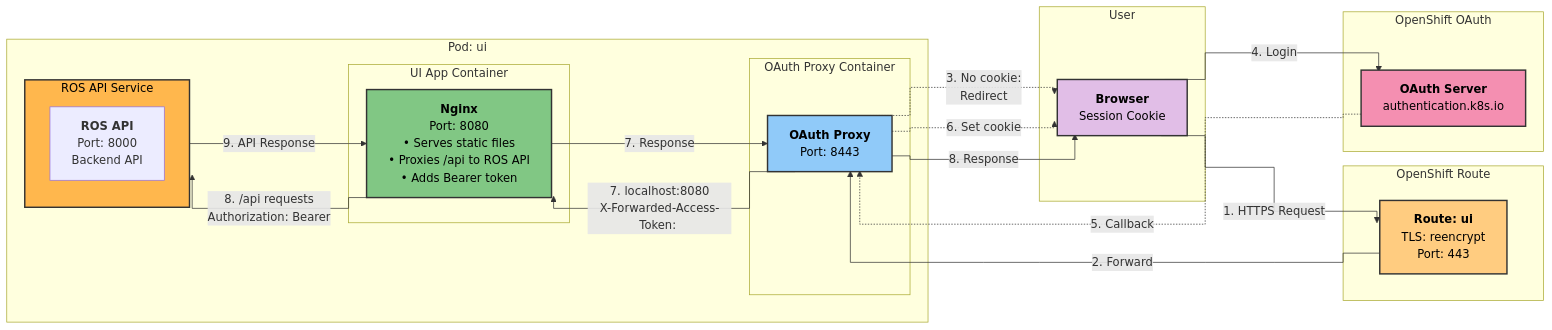
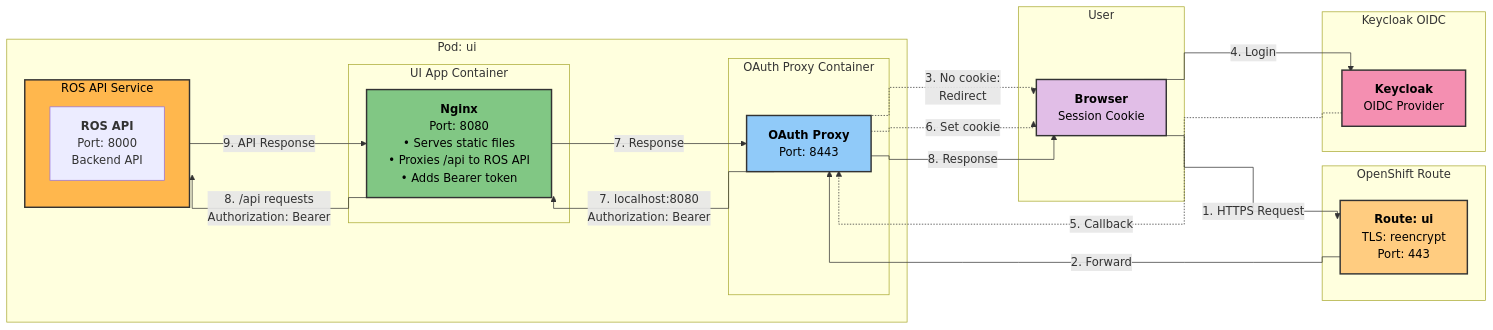
One commit to jordigilh/ros-helm-chart changed the first of 2 diagrams in docs/ui-oauth-authentication.md. Above: the diagram before and after it, drawn with Mermaid. The commit also changed other lines of this file and 5 other files, not shown here.

````diff
--- a/docs/ui-oauth-authentication.md
+++ b/docs/ui-oauth-authentication.md
@@ -38,49 +38,49 @@
 ```mermaid
 %%{init: {'flowchart': {'curve': 'stepAfter'}}}%%
 flowchart LR
     subgraph User["User"]
         U["<b>Browser</b><br/>Session Cookie"]
     end
 
     subgraph Route["OpenShift Route"]
         R["<b>Route: ui</b><br/>TLS: reencrypt<br/>Port: 443"]
     end
 
     subgraph Pod["Pod: ui"]
         subgraph Proxy["OAuth Proxy Container"]
             P["<b>OAuth Proxy</b><br/>Port: 8443"]
         end
 
         subgraph App["UI App Container"]
             N["<b>Nginx</b><br/>Port: 8080<br/>• Serves static files<br/>• Proxies /api to ROS API<br/>• Adds Bearer token"]
         end
 
-        P -->|7. localhost:8080<br/>X-Forwarded-Access-Token: <token>| N
+        P -->|7. localhost:8080<br/>Authorization: Bearer <token>| N
         N -->|8. /api requests<br/>Authorization: Bearer <token>| ROSAPI
     end
 
     subgraph ROSAPI["ROS API Service"]
         API["<b>ROS API</b><br/>Port: 8000<br/>Backend API"]
     end
 
-    subgraph OAuth["OpenShift OAuth"]
-        O["<b>OAuth Server</b><br/>authentication.k8s.io"]
+    subgraph OAuth["Keycloak OIDC"]
+        O["<b>Keycloak</b><br/>OIDC Provider"]
     end
 
     U -->|1. HTTPS Request| R
     R -->|2. Forward| P
     P -.->|3. No cookie:<br/>Redirect| U
     U -->|4. Login| O
     O -.->|5. Callback| P
     P -.->|6. Set cookie| U
     N -->|7. Response| P
     P -->|8. Response| U
     ROSAPI -->|9. API Response| N
 
     style P fill:#90caf9,stroke:#333,stroke-width:2px,color:#000
     style N fill:#81c784,stroke:#333,stroke-width:2px,color:#000
     style ROSAPI fill:#ffb74d,stroke:#333,stroke-width:2px,color:#000
     style O fill:#f48fb1,stroke:#333,stroke-width:2px,color:#000
     style U fill:#e1bee7,stroke:#333,stroke-width:2px,color:#000
     style R fill:#ffcc80,stroke:#333,stroke-width:2px,color:#000
 ```
````
